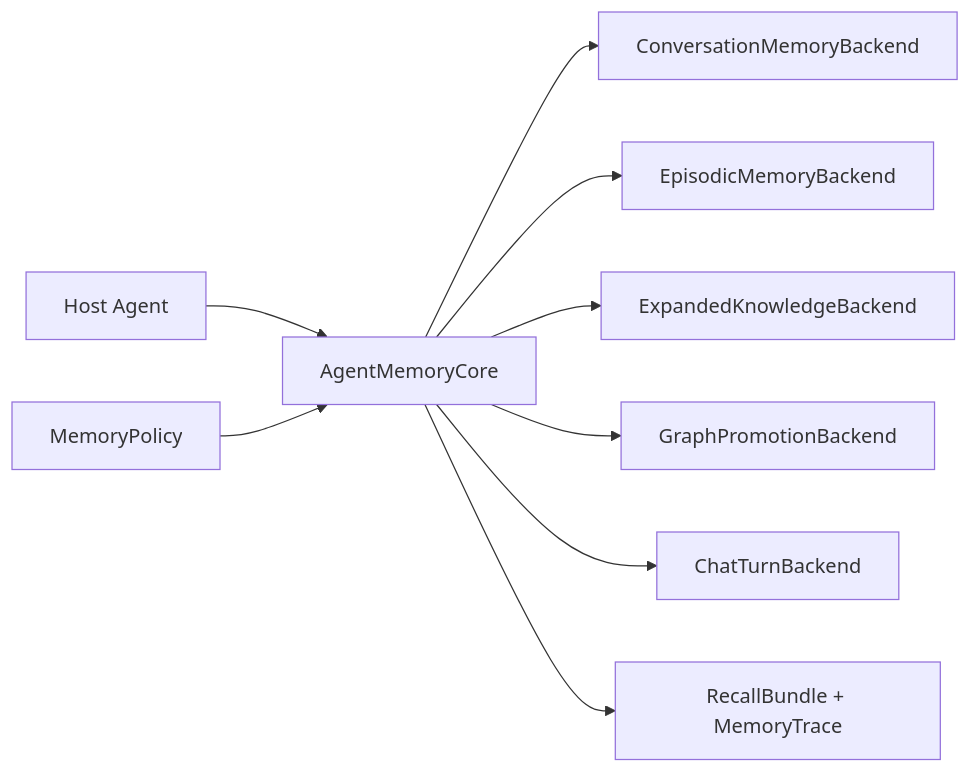
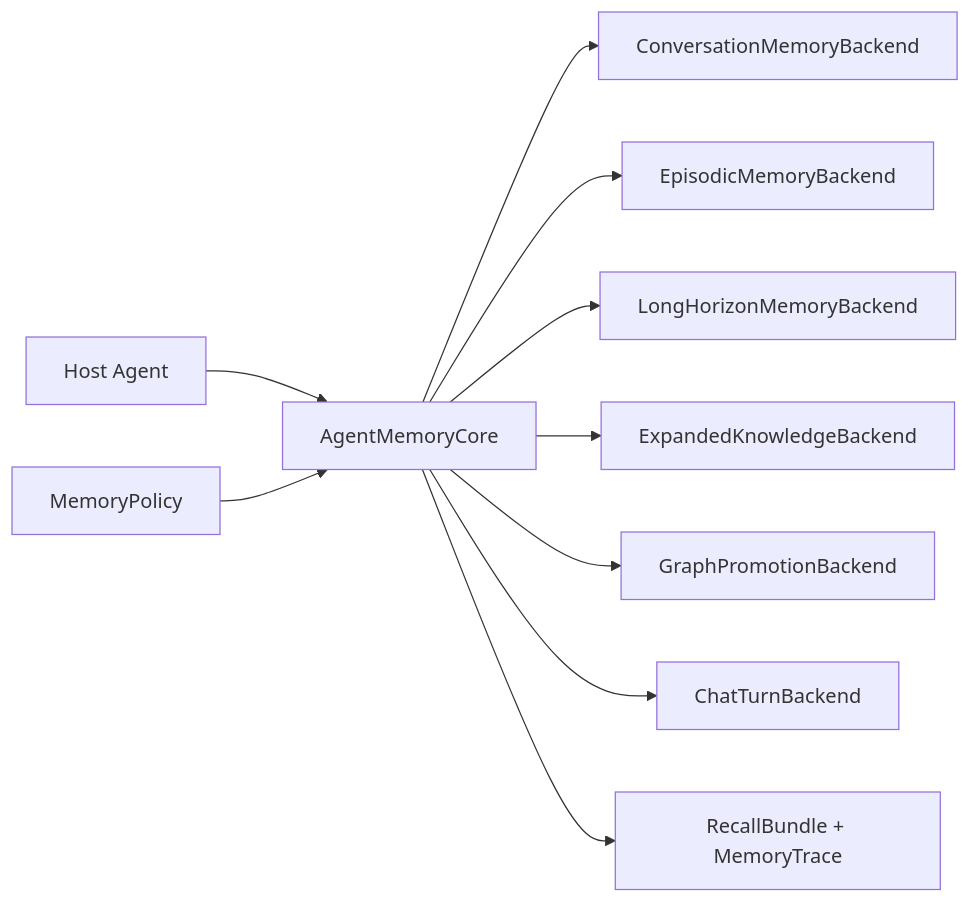
Before and after one commit to Yang-Jiashu/Doc-thinker: the diagram in docs/MEMORY_PLUGIN_GUIDE.md, drawn with Mermaid. The commit also changed other lines of this file and 13 other files, not shown here.

Commit message:
Add long-horizon memory layer

````diff
--- a/docs/MEMORY_PLUGIN_GUIDE.md
+++ b/docs/MEMORY_PLUGIN_GUIDE.md
@@ -9,11 +9,12 @@
 ```mermaid
 flowchart LR
     Agent["Host Agent"] --> Core["AgentMemoryCore"]
     Policy["MemoryPolicy"] --> Core
     Core --> Conversation["ConversationMemoryBackend"]
     Core --> Episodic["EpisodicMemoryBackend"]
+    Core --> LongHorizon["LongHorizonMemoryBackend"]
     Core --> Expanded["ExpandedKnowledgeBackend"]
     Core --> Graph["GraphPromotionBackend"]
     Core --> ChatTurn["ChatTurnBackend"]
     Core --> Trace["RecallBundle + MemoryTrace"]
 ```
````
